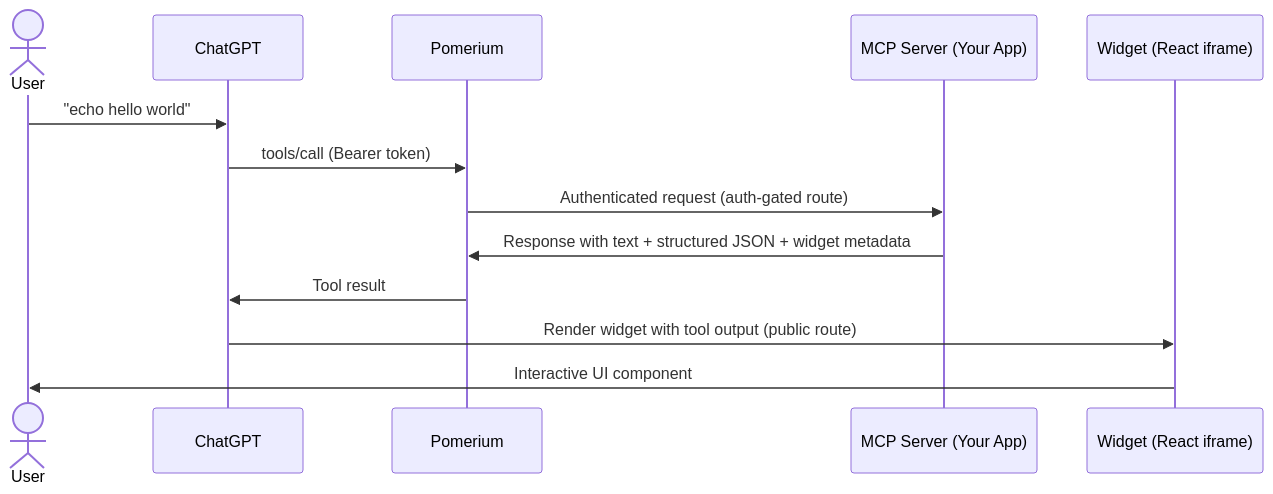
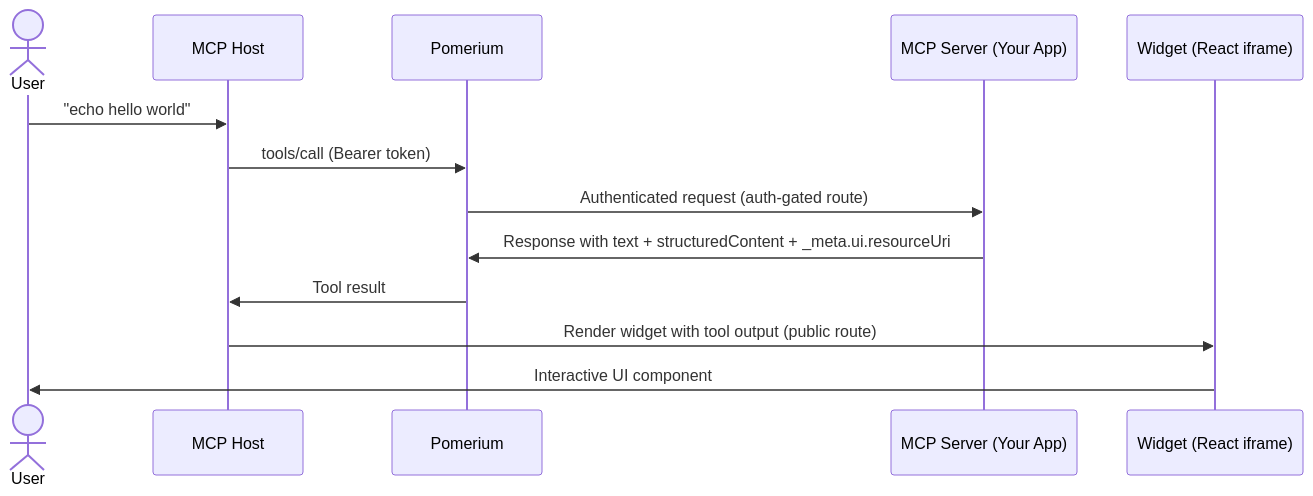
The diagram in content/docs/capabilities/mcp/develop-mcp-app.mdx (pomerium/documentation), drawn with Mermaid before and after one commit. The commit also changed other lines of this file and 4 other files, not shown here.

````diff
--- a/content/docs/capabilities/mcp/develop-mcp-app.mdx
+++ b/content/docs/capabilities/mcp/develop-mcp-app.mdx
@@ -36,15 +37,15 @@
 ```mermaid
 sequenceDiagram
   actor U as User
-  participant C as ChatGPT
+  participant H as MCP Host
   participant P as Pomerium
   participant S as MCP Server (Your App)
   participant W as Widget (React iframe)
-  U ->> C: "echo hello world"
-  C ->> P: tools/call (Bearer token)
+  U ->> H: "echo hello world"
+  H ->> P: tools/call (Bearer token)
   P ->> S: Authenticated request (auth-gated route)
-  S ->> P: Response with text + structured JSON + widget metadata
-  P ->> C: Tool result
-  C ->> W: Render widget with tool output (public route)
+  S ->> P: Response with text + structuredContent + _meta.ui.resourceUri
+  P ->> H: Tool result
+  H ->> W: Render widget with tool output (public route)
   W ->> U: Interactive UI component
 ```
````
